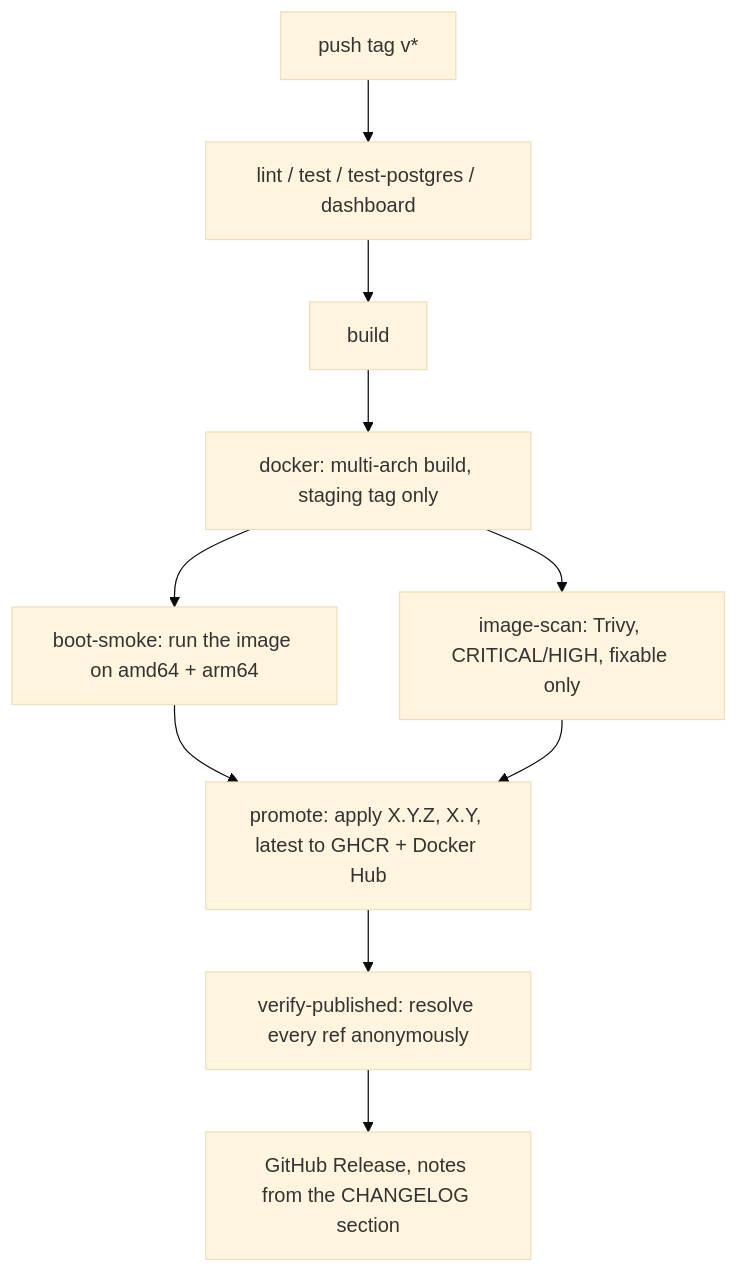
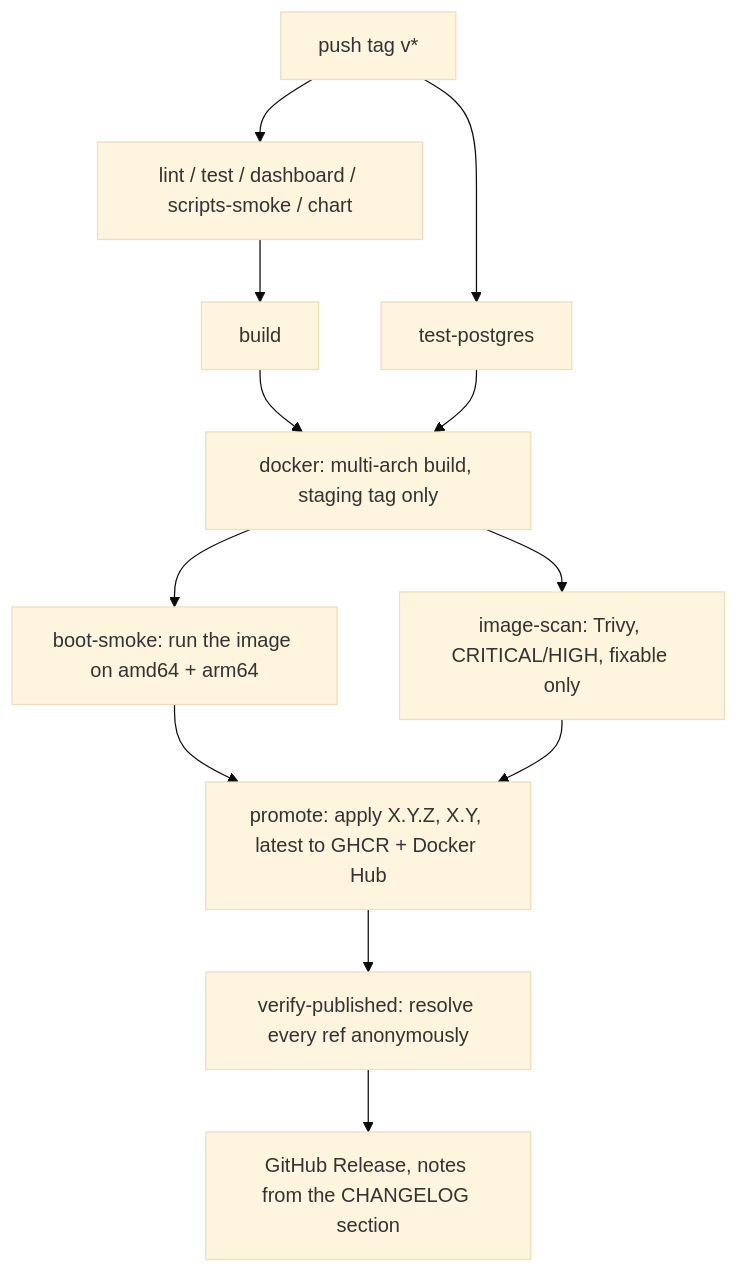
Before and after one commit to Carnaval-Team/VentIQ-seller-App: the seventh of 7 diagrams in ventiq_admin_app/docs_wapi/15-project-roadmap.md, drawn with Mermaid (base theme). The commit also changed other lines of this file and 65 other files, not shown here.

````diff
--- a/ventiq_admin_app/docs_wapi/15-project-roadmap.md
+++ b/ventiq_admin_app/docs_wapi/15-project-roadmap.md
@@ -707,12 +733,14 @@
 ```mermaid
 flowchart TB
-    A[push tag v*] --> B[lint / test / test-postgres / dashboard]
+    A[push tag v*] --> B[lint / test / dashboard / scripts-smoke / chart]
+    A --> T[test-postgres]
     B --> C[build]
     C --> D[docker: multi-arch build, staging tag only]
+    T --> D
     D --> E[boot-smoke: run the image on amd64 + arm64]
     D --> F[image-scan: Trivy, CRITICAL/HIGH, fixable only]
     E --> G[promote: apply X.Y.Z, X.Y, latest to GHCR + Docker Hub]
     F --> G
     G --> H[verify-published: resolve every ref anonymously]
     H --> I[GitHub Release, notes from the CHANGELOG section]
 ```
````
